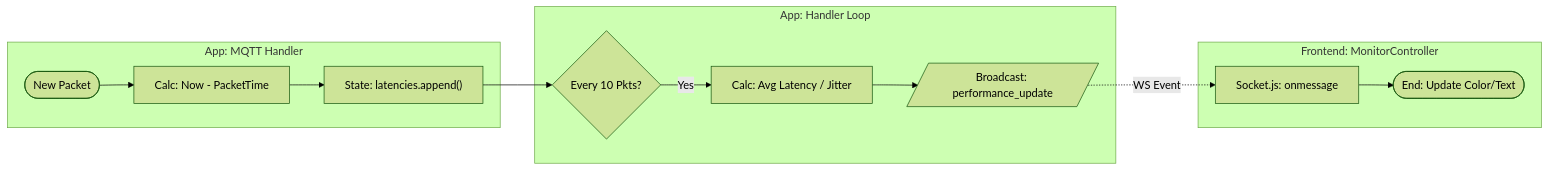
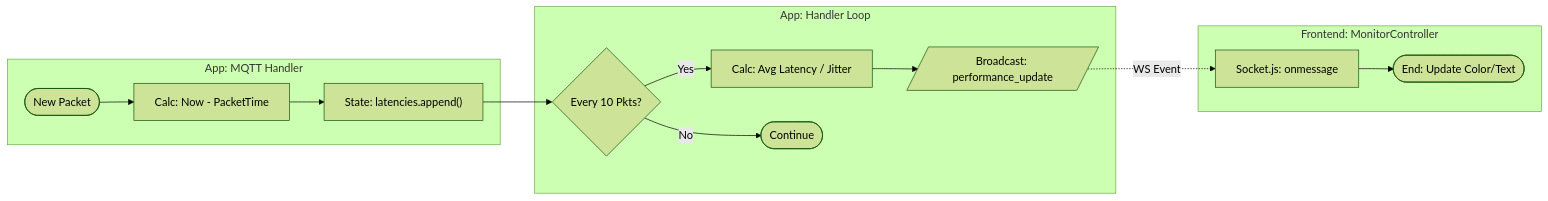
Diagram 11 of 11 in SYSTEM_FLOWS.md (affanrk/ecg-puskesmas), drawn with Mermaid (forest theme) before and after one commit. The commit also changed other lines of this file, not shown here.

````diff
--- a/SYSTEM_FLOWS.md
+++ b/SYSTEM_FLOWS.md
@@ -373,22 +384,24 @@
 ```mermaid
 flowchart LR
     %% SWIMLANE: INGESTION
     subgraph Handler [App: MQTT Handler]
         PktIn([New Packet]) --> CalcLat["Calc: Now - PacketTime"]
         CalcLat --> UpdateStat["State: latencies.append()"]
     end
 
     %% SWIMLANE: LOGGING
     subgraph Periodic [App: Handler Loop]
         CheckInt{Every 10 Pkts?}
         UpdateStat --> CheckInt
         CheckInt -- Yes --> CalcAgg["Calc: Avg Latency / Jitter"]
+        CheckInt -- No --> Continue([Continue])
+        
         CalcAgg --> BroadPerf[/Broadcast: performance_update/]
     end
 
     %% SWIMLANE: FRONTEND
     subgraph UI [Frontend: MonitorController]
         BroadPerf -.->|WS Event| RecvPerf["Socket.js: onmessage"]
         RecvPerf --> UpdateBadge([End: Update Color/Text])
     end
 ```
````
